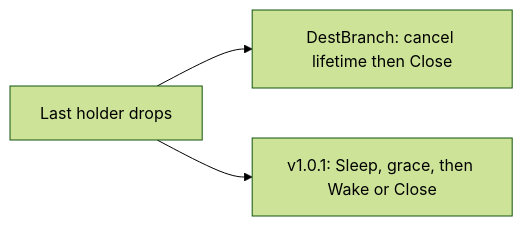
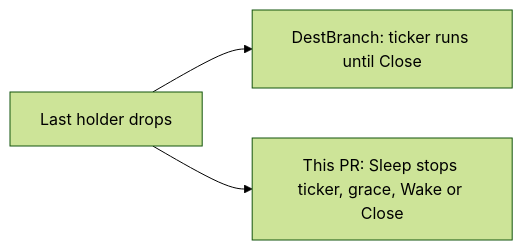
The diagram in devstate/2026/09/2026-09-14-import-reclaim-table/card.md (david-garcia-garcia/traefik-geoblock), drawn with Mermaid (forest theme) before and after one commit. The commit also changed other lines of this file and 2 other files, not shown here.

````diff
--- a/devstate/2026/09/2026-09-14-import-reclaim-table/card.md
+++ b/devstate/2026/09/2026-09-14-import-reclaim-table/card.md
@@ -17,8 +17,8 @@
 ```mermaid
 flowchart LR
   lastHolder[Last holder drops]
-  destClose[DestBranch: cancel lifetime then Close]
-  utilHooks[v1.0.1: Sleep, grace, then Wake or Close]
+  destClose[DestBranch: ticker runs until Close]
+  utilSleep[This PR: Sleep stops ticker, grace, Wake or Close]
   lastHolder --> destClose
-  lastHolder --> utilHooks
+  lastHolder --> utilSleep
 ```
````
